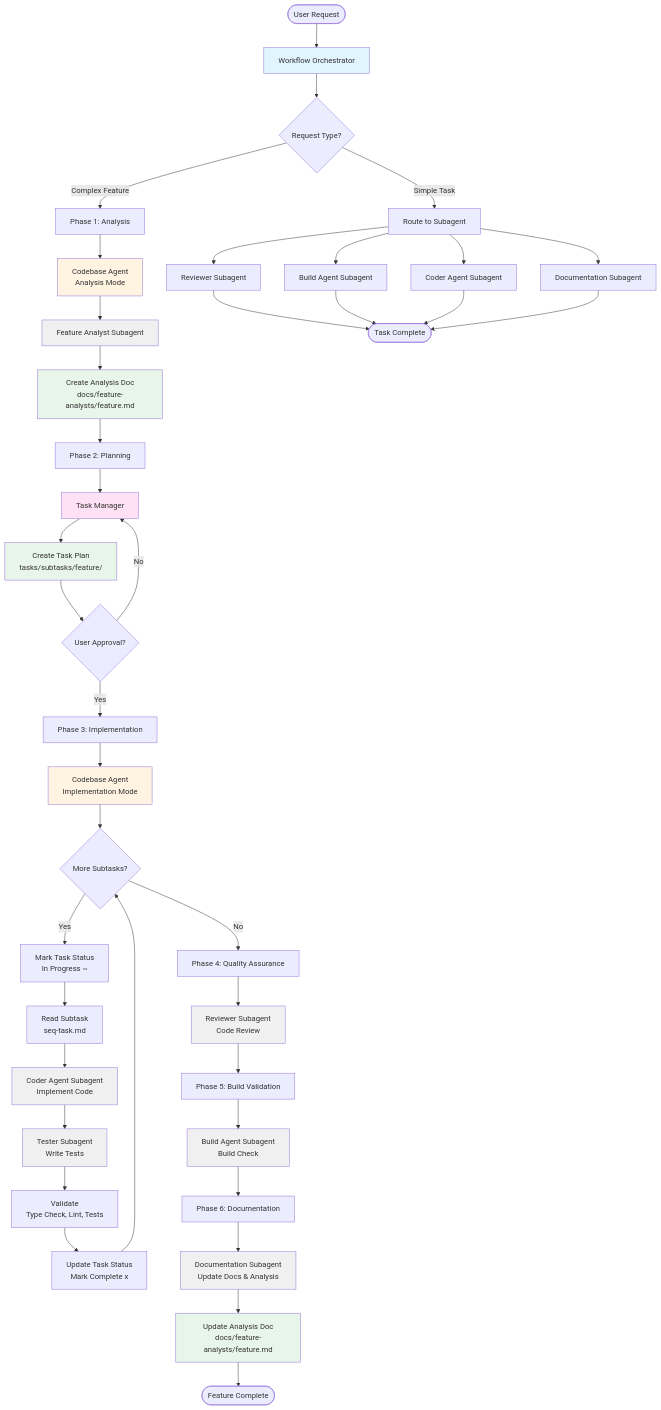
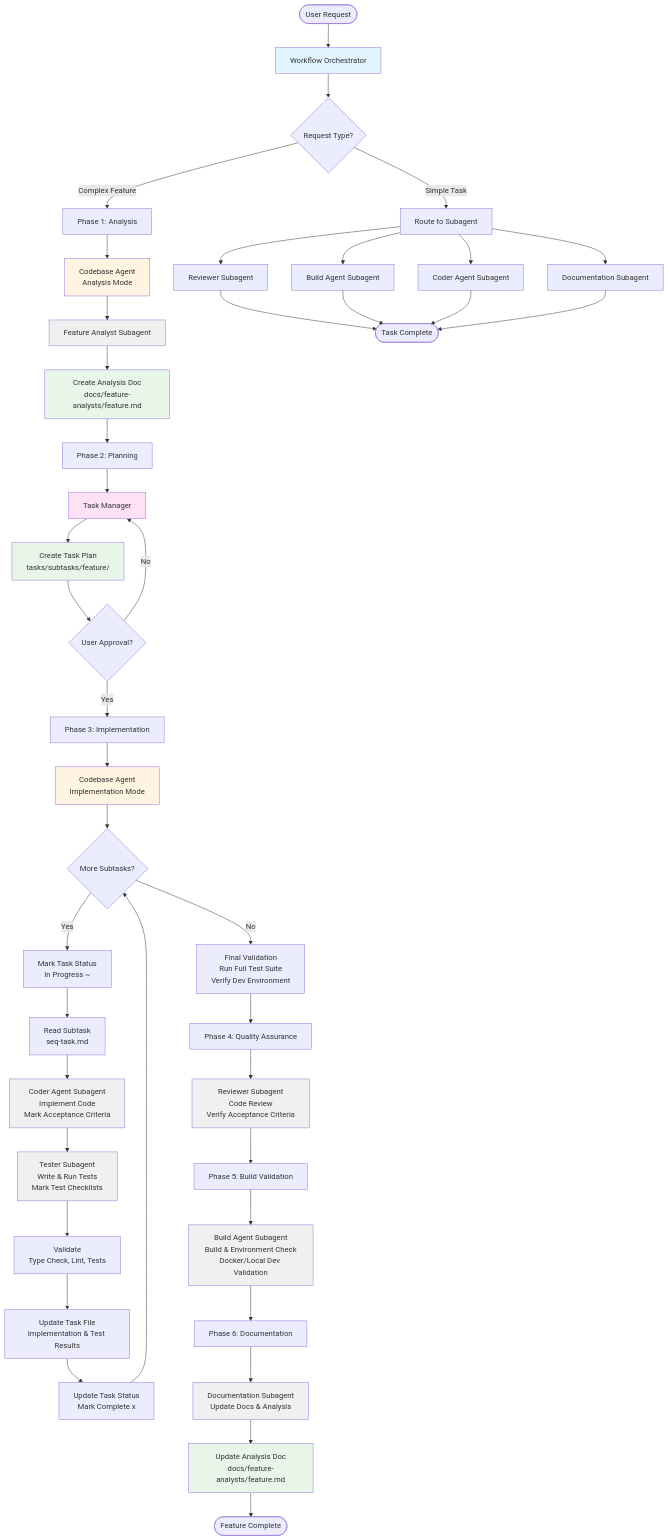
One commit to jesusidev/dotfiles changed the first of 3 diagrams in opencode/.config/opencode/workflow-diagram.md. Above: the diagram before and after it, drawn with Mermaid. The commit also changed other lines of this file, not shown here.

First line of the commit message:
docs(opencode): update workflow diagram with tracking and validation enhancements

````diff
--- a/opencode/.config/opencode/workflow-diagram.md
+++ b/opencode/.config/opencode/workflow-diagram.md
@@ -5,69 +5,71 @@
 ```mermaid
 flowchart TD
     Start([User Request]) --> Orchestrator[Workflow Orchestrator]
     
     Orchestrator --> Decision{Request Type?}
     
     Decision -->|Simple Task| SimpleRoute[Route to Subagent]
     SimpleRoute --> Review[Reviewer Subagent]
     SimpleRoute --> Build[Build Agent Subagent]
     SimpleRoute --> Coder[Coder Agent Subagent]
     SimpleRoute --> Docs[Documentation Subagent]
     
     Decision -->|Complex Feature| Phase1[Phase 1: Analysis]
     
     Phase1 --> CodebaseAnalysis[Codebase Agent<br/>Analysis Mode]
     CodebaseAnalysis --> FeatureAnalyst[Feature Analyst Subagent]
     FeatureAnalyst --> AnalysisDoc[Create Analysis Doc<br/>docs/feature-analysts/feature.md]
     
     AnalysisDoc --> Phase2[Phase 2: Planning]
     Phase2 --> TaskManager[Task Manager]
     TaskManager --> TaskPlan[Create Task Plan<br/>tasks/subtasks/feature/]
     TaskPlan --> Approval{User Approval?}
     
     Approval -->|No| TaskManager
     Approval -->|Yes| Phase3[Phase 3: Implementation]
     
     Phase3 --> CodebaseImpl[Codebase Agent<br/>Implementation Mode]
     
     CodebaseImpl --> SubtaskLoop{More Subtasks?}
     
     SubtaskLoop -->|Yes| MarkStarted[Mark Task Status<br/>In Progress ~]
     MarkStarted --> ReadSubtask[Read Subtask<br/>seq-task.md]
-    ReadSubtask --> CoderAgent[Coder Agent Subagent<br/>Implement Code]
-    CoderAgent --> TesterAgent[Tester Subagent<br/>Write Tests]
+    ReadSubtask --> CoderAgent[Coder Agent Subagent<br/>Implement Code<br/>Mark Acceptance Criteria]
+    CoderAgent --> TesterAgent[Tester Subagent<br/>Write & Run Tests<br/>Mark Test Checklists]
     TesterAgent --> Validate[Validate<br/>Type Check, Lint, Tests]
-    Validate --> UpdateStatus[Update Task Status<br/>Mark Complete x]
+    Validate --> UpdateTask[Update Task File<br/>Implementation & Test Results]
+    UpdateTask --> UpdateStatus[Update Task Status<br/>Mark Complete x]
     UpdateStatus --> SubtaskLoop
     
-    SubtaskLoop -->|No| Phase4[Phase 4: Quality Assurance]
+    SubtaskLoop -->|No| FinalValidation[Final Validation<br/>Run Full Test Suite<br/>Verify Dev Environment]
+    FinalValidation --> Phase4[Phase 4: Quality Assurance]
     
-    Phase4 --> ReviewerAgent[Reviewer Subagent<br/>Code Review]
+    Phase4 --> ReviewerAgent[Reviewer Subagent<br/>Code Review<br/>Verify Acceptance Criteria]
     ReviewerAgent --> Phase5[Phase 5: Build Validation]
     
-    Phase5 --> BuildAgent[Build Agent Subagent<br/>Build Check]
+    Phase5 --> BuildAgent[Build Agent Subagent<br/>Build & Environment Check<br/>Docker/Local Dev Validation]
     BuildAgent --> Phase6[Phase 6: Documentation]
     
     Phase6 --> DocsAgent[Documentation Subagent<br/>Update Docs & Analysis]
     DocsAgent --> UpdatePatterns[Update Analysis Doc<br/>docs/feature-analysts/feature.md]
     UpdatePatterns --> Complete([Feature Complete])
     
     Review --> SimpleComplete([Task Complete])
     Build --> SimpleComplete
     Coder --> SimpleComplete
     Docs --> SimpleComplete
     
     style Orchestrator fill:#e1f5ff
     style CodebaseAnalysis fill:#fff4e1
     style TaskManager fill:#ffe1f5
     style CodebaseImpl fill:#fff4e1
     style FeatureAnalyst fill:#f0f0f0
     style CoderAgent fill:#f0f0f0
     style TesterAgent fill:#f0f0f0
     style ReviewerAgent fill:#f0f0f0
     style BuildAgent fill:#f0f0f0
     style DocsAgent fill:#f0f0f0
     style AnalysisDoc fill:#e8f5e9
     style TaskPlan fill:#e8f5e9
     style UpdatePatterns fill:#e8f5e9
 ```
````
